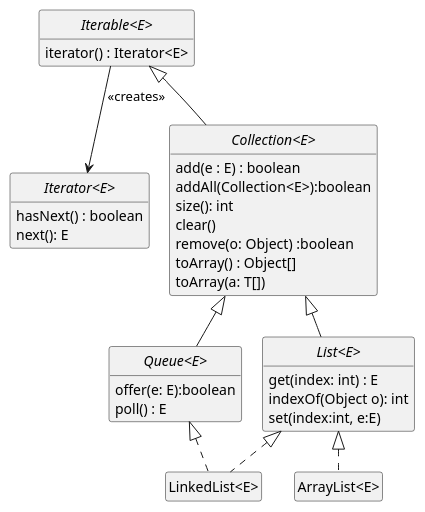
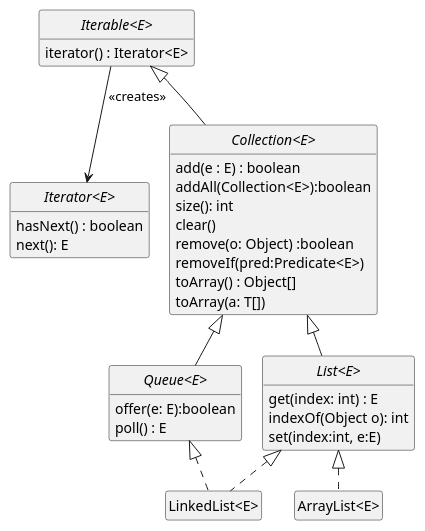
One commit to isel-leirt-leetc-pg3/pg3-2022i-lr31d changed the diagram in aula-11-18/src/main/java/leirt/pg3/collections.puml. Above: the diagram before and after it, drawn with PlantUML. The commit also changed 15 other files, not shown here.

```diff
--- a/aula-11-18/src/main/java/leirt/pg3/collections.puml
+++ b/aula-11-18/src/main/java/leirt/pg3/collections.puml
@@ -1,48 +1,50 @@
 @startuml
 'https://plantuml.com/class-diagram
 
 skinparam nodesep 20
 skinparam ranksep 40
 skinparam classAttributeIconSize 0
 hide empty members
 skinparam style strictuml
 hide circle
 
 
 interface "Iterable<E>" {
     iterator() : Iterator<E>
 }
 
 interface "Queue<E>" {
     offer(e: E):boolean
     poll() : E
 }
 interface "Iterator<E>" {
     hasNext() : boolean
     next(): E
 }
 "Iterable<E>" --> "Iterator<E>" : <<creates>>
 "Iterable<E>" <|-- "Collection<E>"
 
 interface "Collection<E>"  {
     add(e : E) : boolean
     addAll(Collection<E>):boolean
     size(): int
     clear()
     remove(o: Object) :boolean
+    removeIf(pred:Predicate<E>)
     toArray() : Object[]
     toArray(a: T[])
 }
 
 
 interface "List<E>" {
     get(index: int) : E
     indexOf(Object o): int
     set(index:int, e:E)
 }
+
 "Collection<E>" <|-- "List<E>"
 "Collection<E>" <|-- "Queue<E>"
 "List<E>" <|.. "ArrayList<E>"
 "List<E>" <|.. "LinkedList<E>"
 "Queue<E>" <|.. "LinkedList<E>"
 @enduml
```
